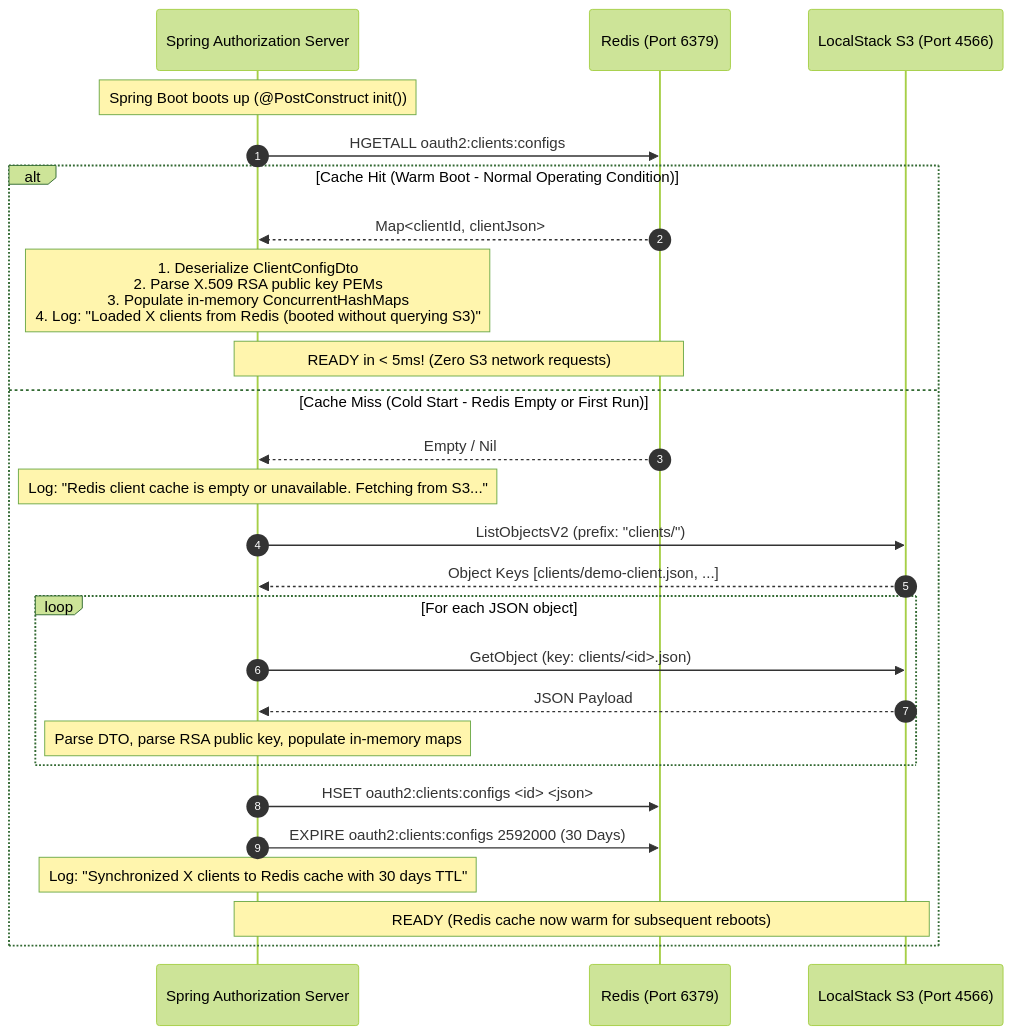
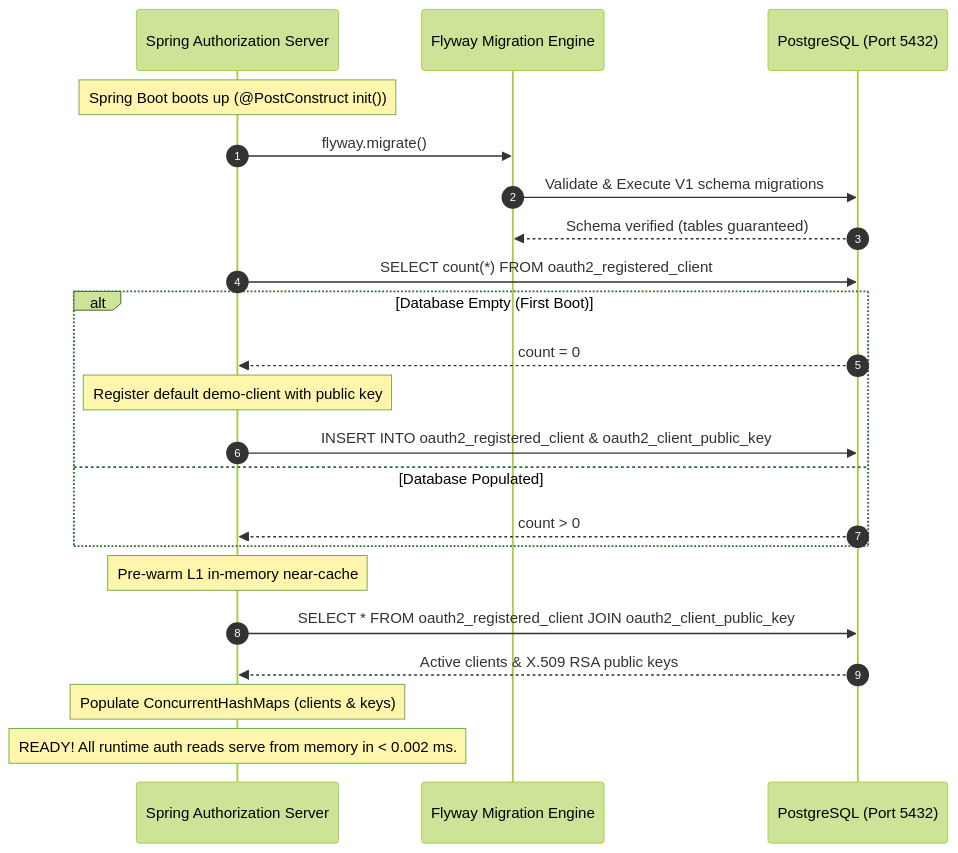
One commit to shoeyn/oauth-server changed the second of 4 diagrams in docs/architecture/client_config_and_caching_flow.md. Above: the diagram before and after it, drawn with Mermaid (forest theme). The commit also changed other lines of this file and 39 other files, not shown here.

````diff
--- a/docs/architecture/client_config_and_caching_flow.md
+++ b/docs/architecture/client_config_and_caching_flow.md
@@ -31,29 +47,27 @@
 ```mermaid
 sequenceDiagram
     autonumber
     participant Spring as Spring Authorization Server
-    participant Redis as Redis (Port 6379)
-    participant S3 as LocalStack S3 (Port 4566)
+    participant Flyway as Flyway Migration Engine
+    participant PG as PostgreSQL (Port 5432)
 
     Note over Spring: Spring Boot boots up (@PostConstruct init())
-    Spring->>Redis: HGETALL oauth2:clients:configs
-    alt Cache Hit (Warm Boot - Normal Operating Condition)
-        Redis-->>Spring: Map<clientId, clientJson>
-        Note over Spring: 1. Deserialize ClientConfigDto<br/>2. Parse X.509 RSA public key PEMs<br/>3. Populate in-memory ConcurrentHashMaps<br/>4. Log: "Loaded X clients from Redis (booted without querying S3)"
-        Note over Spring, Redis: READY in < 5ms! (Zero S3 network requests)
-    else Cache Miss (Cold Start - Redis Empty or First Run)
-        Redis-->>Spring: Empty / Nil
-        Note over Spring: Log: "Redis client cache is empty or unavailable. Fetching from S3..."
-        Spring->>S3: ListObjectsV2 (prefix: "clients/")
-        S3-->>Spring: Object Keys [clients/demo-client.json, ...]
-        loop For each JSON object
-            Spring->>S3: GetObject (key: clients/<id>.json)
-            S3-->>Spring: JSON Payload
-            Note over Spring: Parse DTO, parse RSA public key, populate in-memory maps
-        end
-        Spring->>Redis: HSET oauth2:clients:configs <id> <json>
-        Spring->>Redis: EXPIRE oauth2:clients:configs 2592000 (30 Days)
-        Note over Spring: Log: "Synchronized X clients to Redis cache with 30 days TTL"
-        Note over Spring, S3: READY (Redis cache now warm for subsequent reboots)
+    Spring->>Flyway: flyway.migrate()
+    Flyway->>PG: Validate & Execute V1 schema migrations
+    PG-->>Flyway: Schema verified (tables guaranteed)
+
+    Spring->>PG: SELECT count(*) FROM oauth2_registered_client
+    alt Database Empty (First Boot)
+        PG-->>Spring: count = 0
+        Note over Spring: Register default demo-client with public key
+        Spring->>PG: INSERT INTO oauth2_registered_client & oauth2_client_public_key
+    else Database Populated
+        PG-->>Spring: count > 0
     end
+
+    Note over Spring: Pre-warm L1 in-memory near-cache
+    Spring->>PG: SELECT * FROM oauth2_registered_client JOIN oauth2_client_public_key
+    PG-->>Spring: Active clients & X.509 RSA public keys
+    Note over Spring: Populate ConcurrentHashMaps (clients & keys)
+    Note over Spring: READY! All runtime auth reads serve from memory in < 0.002 ms.
 ```
````
